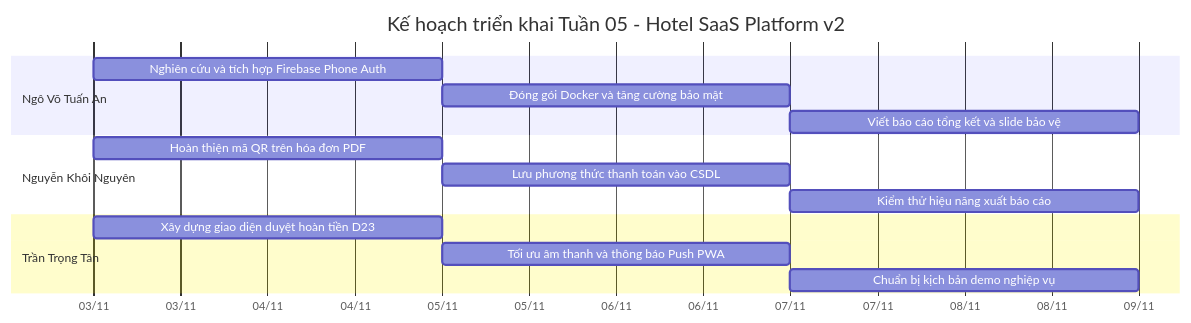
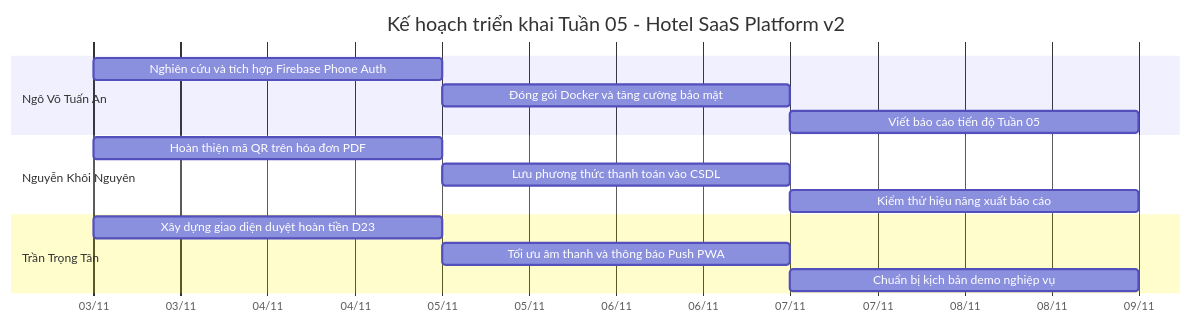
One commit to GinNgo/hotel-saas-v2 changed the diagram in docs/reports/BAO-CAO-NOP-TUAN-4-VA-KHAI-BAO-AI-CHINH-THUC.md. Above: the diagram before and after it, drawn with Mermaid. The commit also changed other lines of this file and 1 other file, not shown here.

````diff
--- a/docs/reports/BAO-CAO-NOP-TUAN-4-VA-KHAI-BAO-AI-CHINH-THUC.md
+++ b/docs/reports/BAO-CAO-NOP-TUAN-4-VA-KHAI-BAO-AI-CHINH-THUC.md
@@ -180,21 +180,21 @@
 ```mermaid
 gantt
     title Kế hoạch triển khai Tuần 05 - Hotel SaaS Platform v2
     dateFormat YYYY-MM-DD
     axisFormat %d/%m
 
     section Ngô Võ Tuấn An
     Nghiên cứu và tích hợp Firebase Phone Auth :a1, 2026-11-03, 2d
     Đóng gói Docker và tăng cường bảo mật :a2, after a1, 2d
-    Viết báo cáo tổng kết và slide bảo vệ :a3, after a2, 2d
+    Viết báo cáo tiến độ Tuần 05 :a3, after a2, 2d
 
     section Nguyễn Khôi Nguyên
     Hoàn thiện mã QR trên hóa đơn PDF :n1, 2026-11-03, 2d
     Lưu phương thức thanh toán vào CSDL :n2, after n1, 2d
     Kiểm thử hiệu năng xuất báo cáo :n3, after n2, 2d
 
     section Trần Trọng Tân
     Xây dựng giao diện duyệt hoàn tiền D23 :t1, 2026-11-03, 2d
     Tối ưu âm thanh và thông báo Push PWA :t2, after t1, 2d
     Chuẩn bị kịch bản demo nghiệp vụ :t3, after t2, 2d
 ```
````
